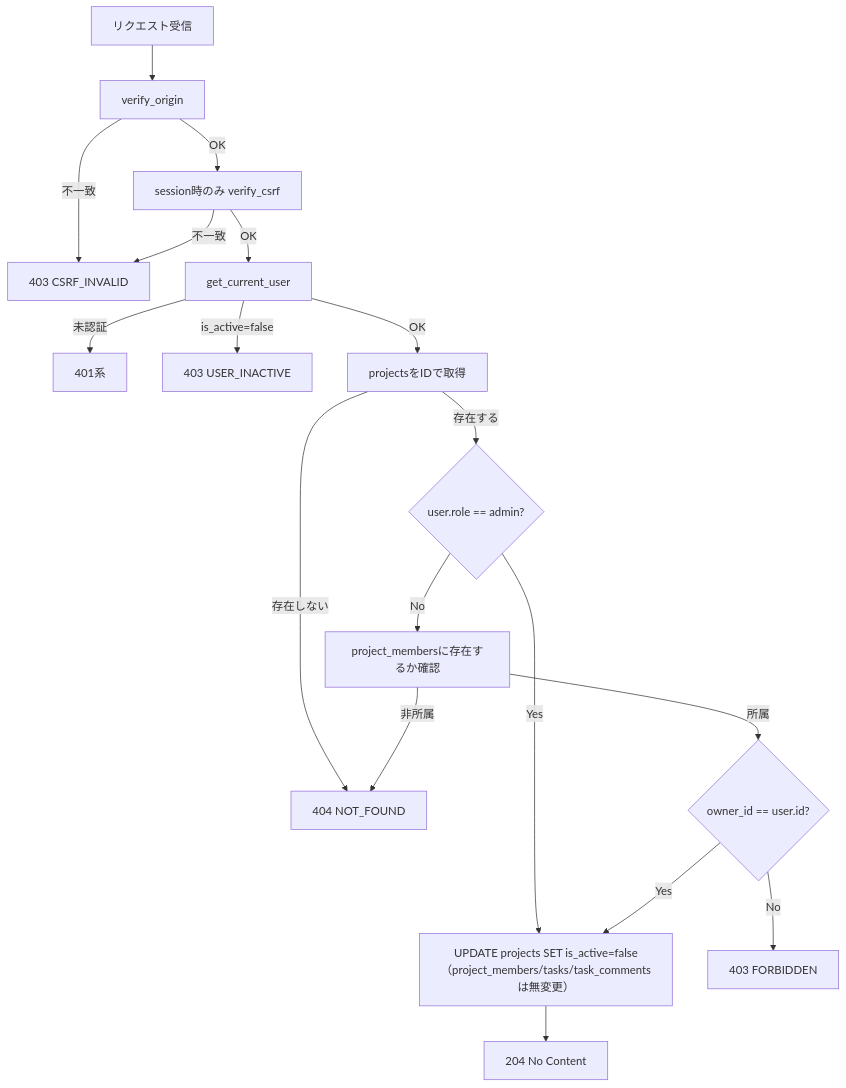
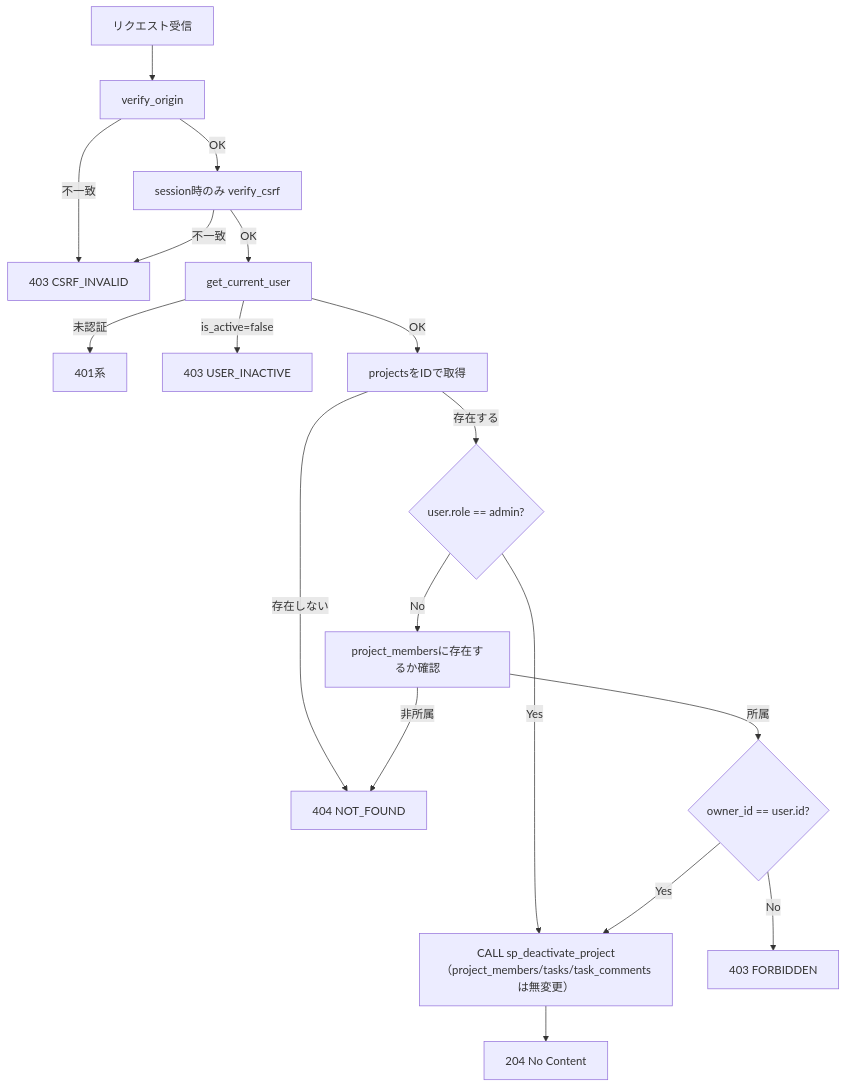
One commit to oikawa-d/task_management changed the second of 4 diagrams in detailed_design/api/projects/05_delete_project.md. Above: the diagram before and after it, drawn with Mermaid. The commit also changed other lines of this file and 58 other files, not shown here.

````diff
--- a/detailed_design/api/projects/05_delete_project.md
+++ b/detailed_design/api/projects/05_delete_project.md
@@ -89,20 +89,20 @@
 ```mermaid
 flowchart TB
     A["リクエスト受信"] --> B["verify_origin"]
     B -->|"不一致"| B1["403 CSRF_INVALID"]
     B -->|"OK"| C["session時のみ verify_csrf"]
     C -->|"不一致"| B1
     C -->|"OK"| D["get_current_user"]
     D -->|"未認証"| D1["401系"]
     D -->|"is_active=false"| D2["403 USER_INACTIVE"]
     D -->|"OK"| E["projectsをIDで取得"]
     E -->|"存在しない"| E1["404 NOT_FOUND"]
     E -->|"存在する"| F{"user.role == admin?"}
     F -->|"Yes"| H
     F -->|"No"| G["project_membersに存在するか確認"]
     G -->|"非所属"| E1
     G -->|"所属"| I{"owner_id == user.id?"}
     I -->|"No"| I1["403 FORBIDDEN"]
     I -->|"Yes"| H
-    H["UPDATE projects SET is_active=false<br/>（project_members/tasks/task_commentsは無変更）"] --> J["204 No Content"]
+    H["CALL sp_deactivate_project<br/>（project_members/tasks/task_commentsは無変更）"] --> J["204 No Content"]
 ```
````
